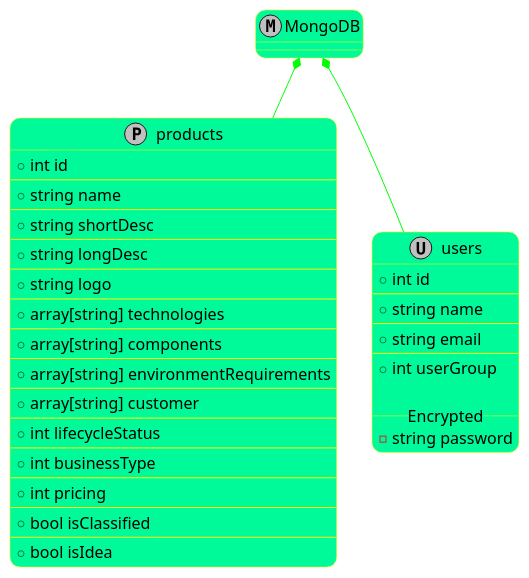
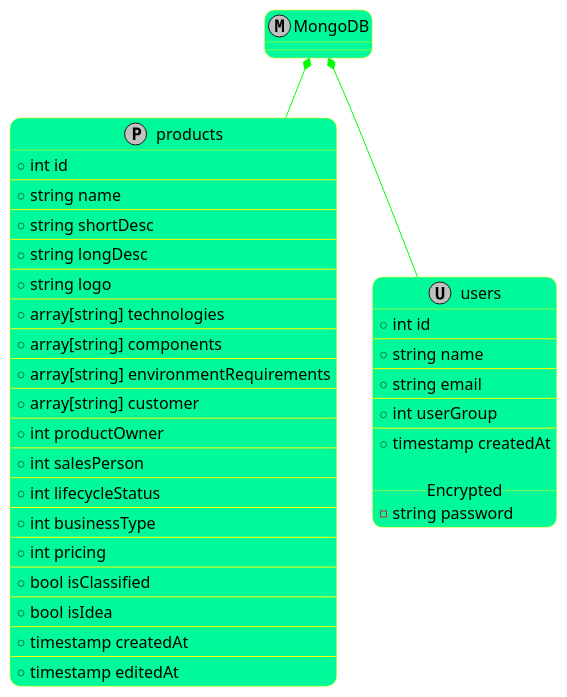
Before and after one commit to martimik/TuHlaRi-core: the eighth of 8 diagrams in dokumentit/02-vaatimusmaarittely/vaatimusmaarittely.md, drawn with PlantUML. The commit also changed other lines of this file, not shown here.

````diff
--- a/dokumentit/02-vaatimusmaarittely/vaatimusmaarittely.md
+++ b/dokumentit/02-vaatimusmaarittely/vaatimusmaarittely.md
@@ -404,71 +406,81 @@
 ```plantuml
 skinparam roundcorner 20
 skinparam sequence {
 	ArrowColor GreenYellow
 	ActorBorderColor GreenYellow
 	ActorBackgroundColor SpringGreen
 	ActorFontColor Black
 	ActorFontSize 17
 	ActorFontName Aapex
 }
 
 skinparam class {
 	BackgroundColor MediumSpringGreen
 	BorderColor Yellow
 
 	ArrowColor Lime
 	ActorBorderColor black
 	ActorFontName Courier
 	FontSize 20
 	AttributeFontSize 16
 }
 
 MongoDB *-- products
 MongoDB *-- users
 
 class MongoDB << (M, Silver) >>
 
 class products << (P, Silver) >> {
  +int id
 --
  +string name
 --
  +string shortDesc
 --
  +string longDesc
 --
  +string logo
 --
  +array[string] technologies
 --
  +array[string] components
 --
  +array[string] environmentRequirements
 --
  +array[string] customer
 --
+ +int productOwner
+--
+ +int salesPerson
+--
  +int lifecycleStatus
 --
  +int businessType
 --
  +int pricing
 --
  +bool isClassified
 --
  +bool isIdea
+--
+ +timestamp createdAt
+--
+ +timestamp editedAt
 }
 
 class users << (U, Silver) >> {
   +int id
 --
   +string name
 --
   +string email
 --
   +int userGroup
+--
+  +timestamp createdAt
 
 __ Encrypted __
   -string password
 }
 
 ```
````
